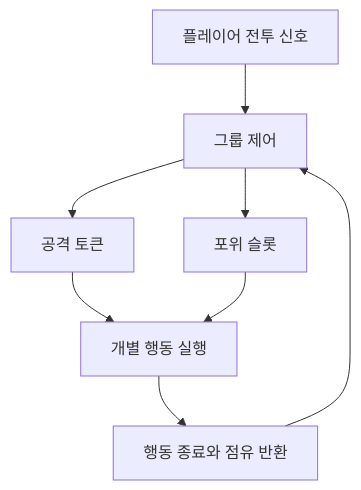
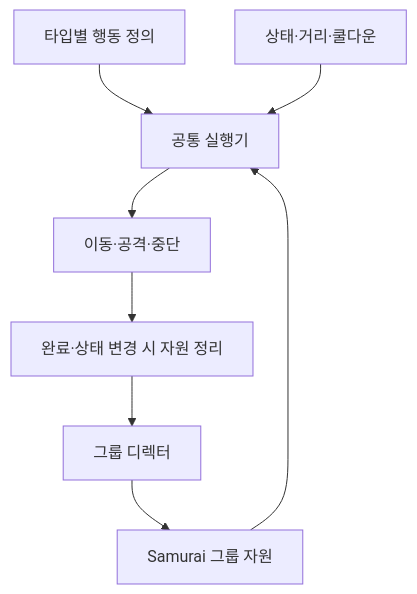
One commit to imjae/imjae.github.io changed the diagram in content/articles/gameplay/monster-combat.md. Above: the diagram before and after it, drawn with Mermaid. The commit also changed other lines of this file and 2 other files, not shown here.

````diff
--- a/content/articles/gameplay/monster-combat.md
+++ b/content/articles/gameplay/monster-combat.md
@@ -31,10 +23,10 @@
 ```mermaid
 flowchart TD
-    P[플레이어 전투 신호] --> G[그룹 제어]
-    G --> T[공격 토큰]
-    G --> S[포위 슬롯]
-    T --> M[개별 행동 실행]
-    S --> M
-    M --> R[행동 종료와 점유 반환]
-    R --> G
+    A[타입별 행동 정의] --> B[공통 실행기]
+    C[상태·거리·쿨다운] --> B
+    D[그룹 디렉터] --> E[Samurai 그룹 자원]
+    E --> B
+    B --> F[이동·공격·중단]
+    F --> G[완료·상태 변경 시 자원 정리]
+    G --> D
 ```
````
